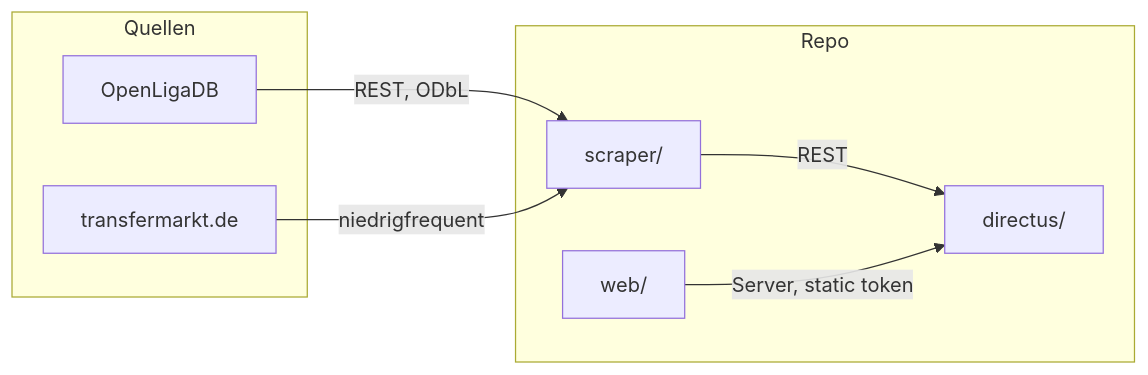
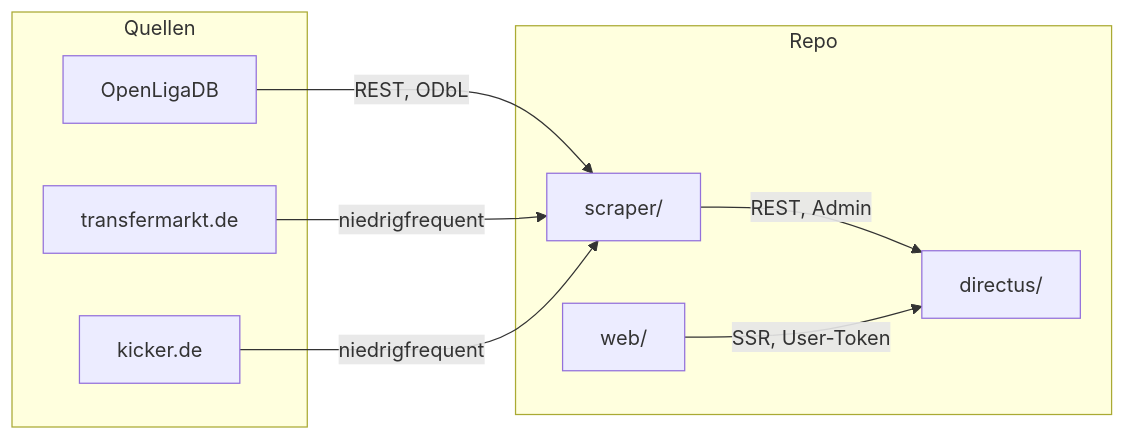
The diagram in README.md (schroepa/comunio-skrt), drawn with Mermaid before and after one commit. The commit also changed other lines of this file and 50 other files, not shown here.

````diff
--- a/README.md
+++ b/README.md
@@ -29,16 +25,18 @@
 ```mermaid
 flowchart LR
   subgraph Quellen
     OL[OpenLigaDB]
     TM[transfermarkt.de]
+    K[kicker.de]
   end
   subgraph Repo
     S[scraper/]
     D[directus/]
     W[web/]
   end
   OL -->|REST, ODbL| S
   TM -->|niedrigfrequent| S
-  S -->|REST| D
-  W -->|Server, static token| D
+  K -->|niedrigfrequent| S
+  S -->|REST, Admin| D
+  W -->|SSR, User-Token| D
 ```
````
